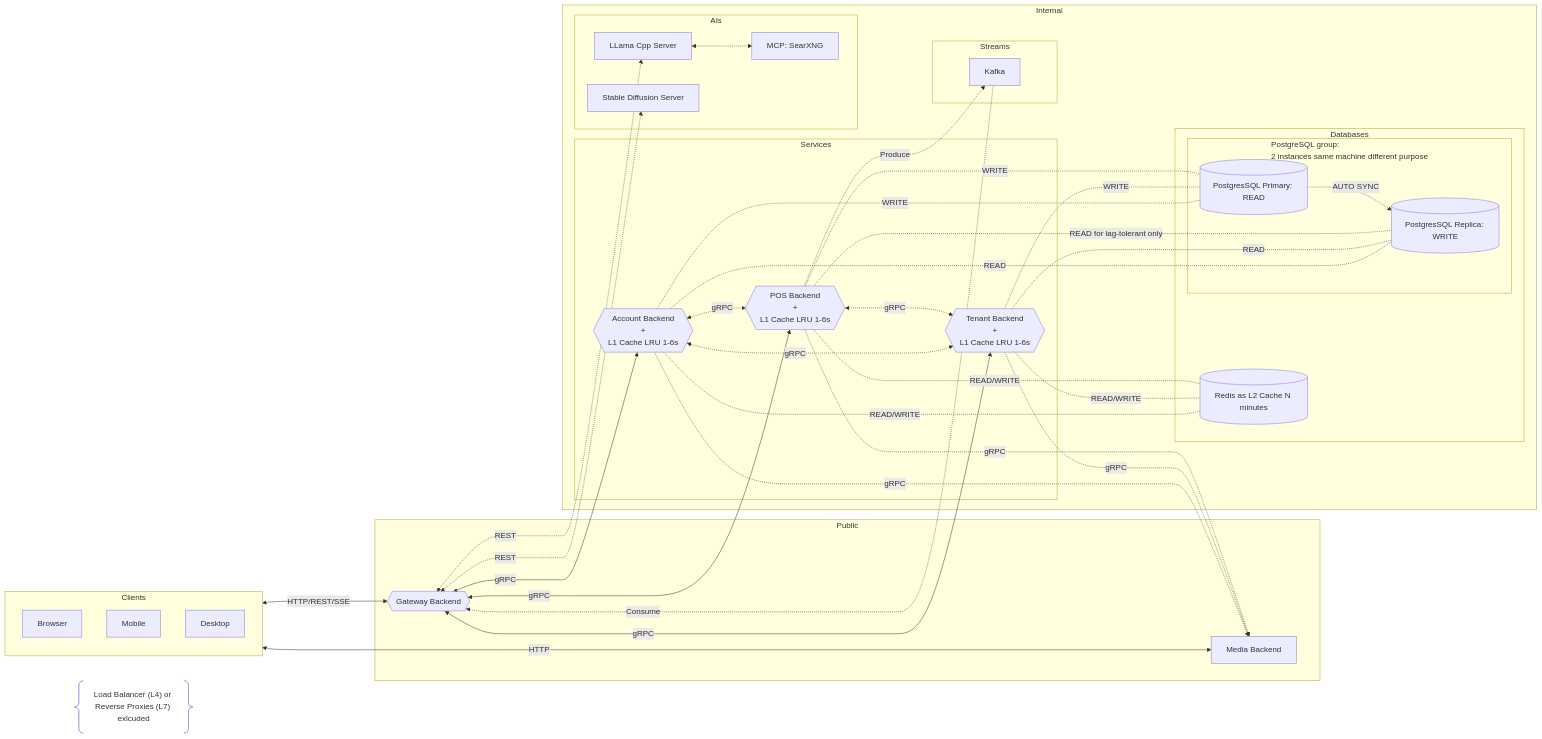
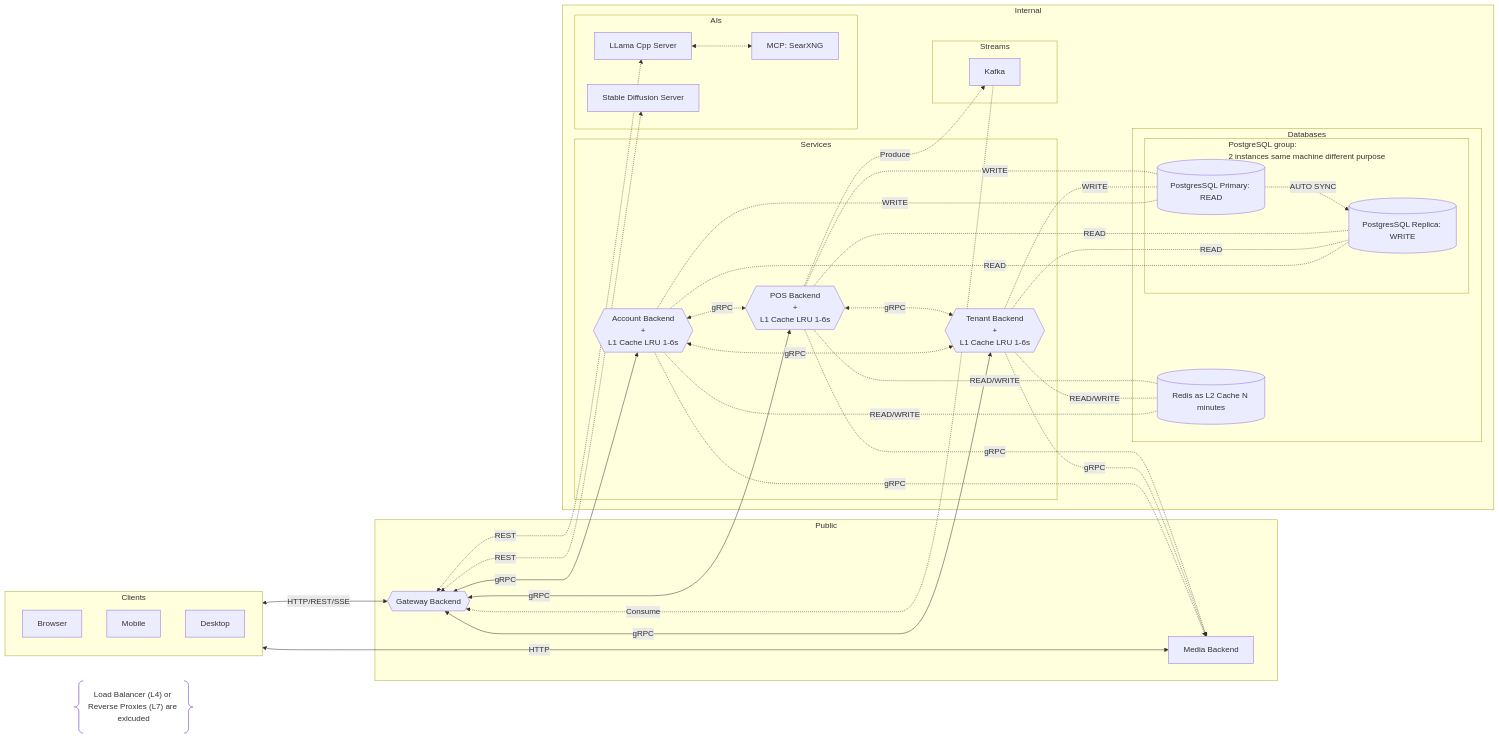
One commit to prothegee/fnbposai changed the first of 2 diagrams in README.md. Above: the diagram before and after it, drawn with Mermaid. The commit also changed other lines of this file, not shown here.

First line of the commit message:
update: revisit design flowchart

````diff
--- a/README.md
+++ b/README.md
@@ -274,6 +276,6 @@
 ```mermaid
 flowchart LR
-    msg@{ shape: braces, label: "Load Balancer (L4) or Reverse Proxies (L7) exlcuded" }
+    msg@{ shape: braces, label: "Load Balancer (L4) or Reverse Proxies (L7) are exlcuded" }
 
     Browser["Browser"]
     Mobile["Mobile"]
@@ -372,7 +374,7 @@
     Tenant -.- |"READ/WRITE"| Redis
     Tenant -.-> |"gRPC"| Media
 
-    POS -.- |"READ for lag-tolerant only"| PostgresReplica
+    POS -.- |"READ"| PostgresReplica
     POS -.- |"WRITE"| PostgresPrimary
     POS -.- |"READ/WRITE"| Redis
     POS -.-> |"gRPC"| Media
````
